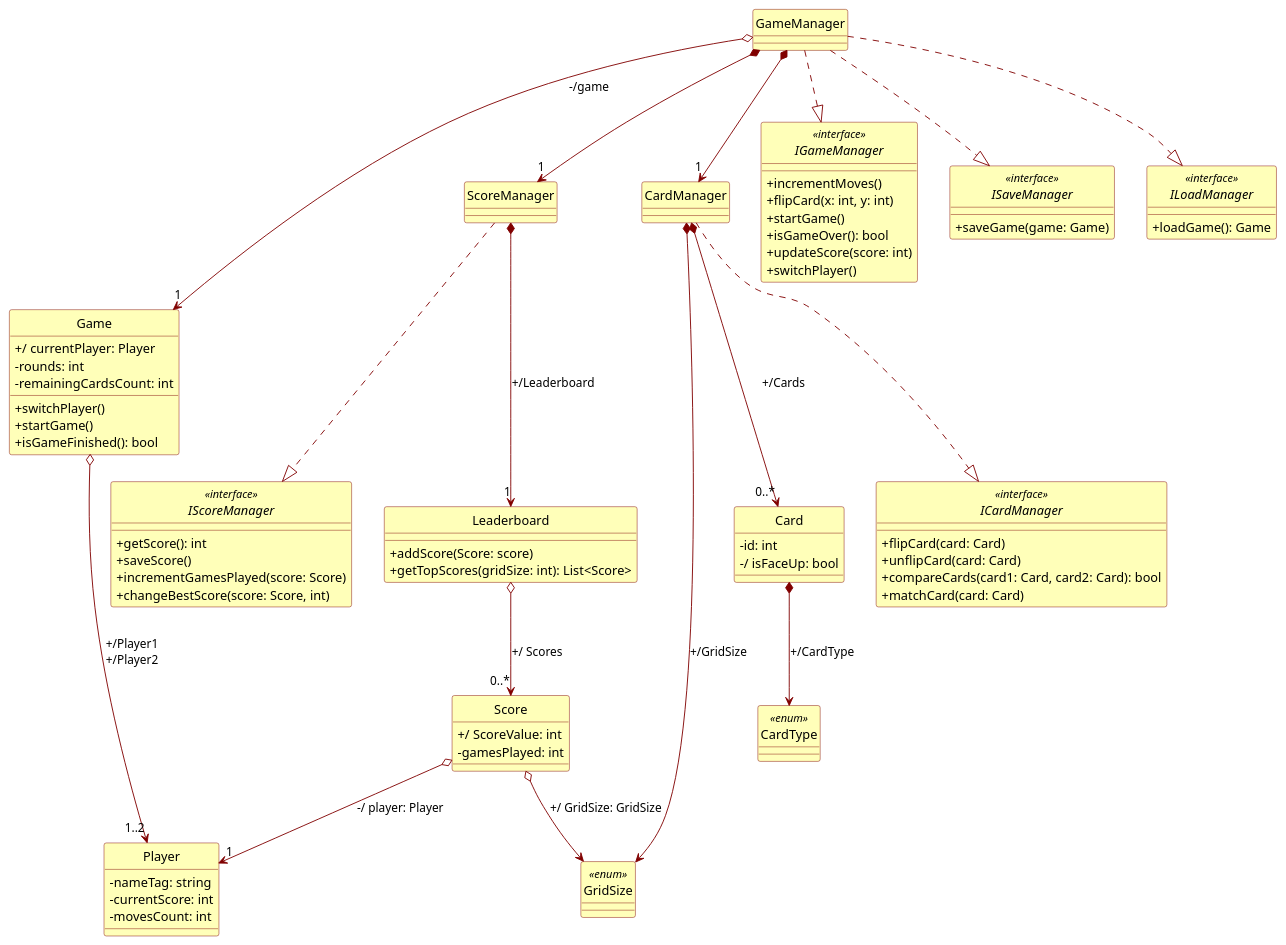
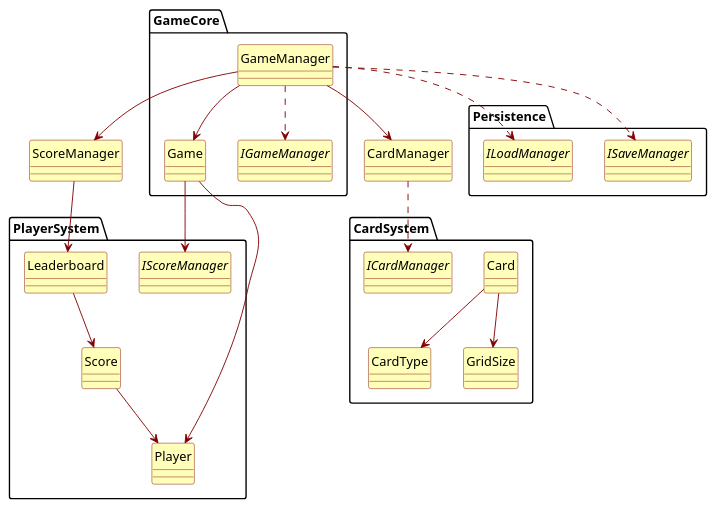
One commit to PosiTr0n505/Game-Memory changed the diagram in src/Docs/Diagrammes/classe_2.md. Above: the diagram before and after it, drawn with PlantUML.

Commit message:
Mise à jour de 'src/Docs/Diagrammes/classe_2.md'

````diff
--- a/src/Docs/Diagrammes/classe_2.md
+++ b/src/Docs/Diagrammes/classe_2.md
@@ -1,4 +1,4 @@
-```plantuml
+``` plantuml
 @startuml
 hide circle
 allowmixing
@@ -6,107 +6,52 @@
 skinparam classBackgroundColor #ffffb9
 skinparam classBorderColor #800000
 skinparam classArrowColor #800000
-skinparam classFontColor #black
+skinparam classFontColor black
 skinparam classFontName Tahoma
 
-' ---------------- CLASSES PRINCIPALES ----------------
-
-class Player {
-    - nameTag: string
-    - currentScore: int
-    - movesCount: int
+package "GameCore" {
+    class GameManager
+    class Game
+    interface IGameManager
 }
 
-class Score {
-    +/ ScoreValue: int
-    - gamesPlayed: int
+package "PlayerSystem" {
+    class Player
+    class Score
+    class Leaderboard
+    interface IScoreManager
 }
 
-Score o--> "1" Player : "-/ player: Player"
-Score o--> GridSize : "+/ GridSize: GridSize"
-
-class Leaderboard {
-    + addScore(Score: score)
-    + getTopScores(gridSize: int): List<Score>
+package "CardSystem" {
+    class Card
+    enum CardType
+    enum GridSize
+    interface ICardManager
 }
 
-Leaderboard o--> "0..*" Score : "+/ Scores"
-
-class Game {
-    +/ currentPlayer: Player
-    - rounds: int
-    - remainingCardsCount: int
-    + switchPlayer()
-    + startGame()
-    + isGameFinished(): bool
+package "Persistence" {
+    interface ISaveManager
+    interface ILoadManager
 }
 
-Game  o--> "1..2" Player : "+/Player1\n+/Player2"
+' Dépendances (exactes selon le diagramme de classes fourni)
+GameManager --> Game
+GameManager ..> IGameManager
+GameManager --> CardManager
+GameManager --> ScoreManager
+GameManager ..> ISaveManager
+GameManager ..> ILoadManager
 
-class Card {
-    - id: int
-    -/ isFaceUp: bool
-}
+Game --> Player
+Game --> IScoreManager
 
-Card *--> CardType : "+/CardType"
+ScoreManager --> Leaderboard
+Leaderboard --> Score
+Score --> Player
 
-class CardType <<enum>>
-
-' ---------------- INTERFACES ----------------
-
-interface IGameManager  <<interface>> {
-    + incrementMoves()
-    + flipCard(x: int, y: int)
-    + startGame()
-    + isGameOver(): bool
-	+ updateScore(score: int)
-    + switchPlayer()
-}
-
-interface IScoreManager  <<interface>> {
-    + getScore(): int
-    + saveScore()
-    + incrementGamesPlayed(score: Score)
-    + changeBestScore(score: Score, int)
-}
-
-
-interface ICardManager  <<interface>> {
-    + flipCard(card: Card)
-	+ unflipCard(card: Card)
-    + compareCards(card1: Card, card2: Card): bool
-    + matchCard(card: Card)
-}
-
-interface ISaveManager  <<interface>> {
-    + saveGame(game: Game)
-}
-
-interface ILoadManager <<interface>> {
-    + loadGame(): Game
-}
-
-' ---------------- IMPLEMENTATIONS DES MANAGERS ----------------
-
-class GameManager
-GameManager ..|> IGameManager
-GameManager ..|> ISaveManager
-GameManager ..|> ILoadManager
-GameManager o--> "1" Game : "-/game"
-GameManager *--> "1" CardManager
-GameManager *--> "1" ScoreManager
-
-class ScoreManager
-ScoreManager ..|> IScoreManager
-ScoreManager *--> "1" Leaderboard : +/Leaderboard
-
-class CardManager
-CardManager ..|> ICardManager
-CardManager *--> "0..*" Card : "+/Cards"
-CardManager *--> GridSize : "+/GridSize"
-
-
-enum GridSize <<enum>>
+CardManager ..> ICardManager
+Card --> GridSize
+Card --> CardType
 
 @enduml
 ```
````
